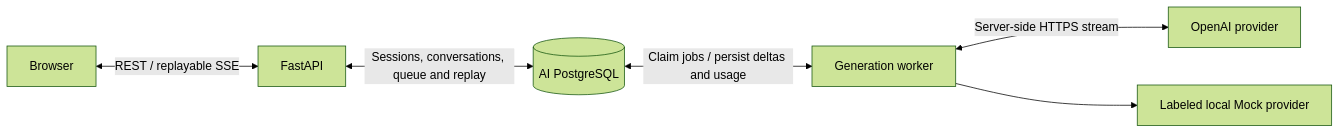
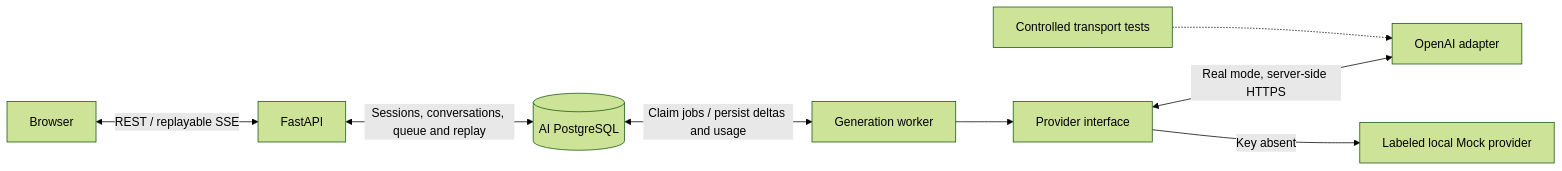
The diagram in docs/ai-chat/workspace.md (hwen020/Chat-Demo), drawn with Mermaid (forest theme) before and after one commit. The commit also changed other lines of this file and 6 other files, not shown here.

````diff
--- a/docs/ai-chat/workspace.md
+++ b/docs/ai-chat/workspace.md
@@ -5,8 +5,10 @@
 ```mermaid
 flowchart LR
     C["Browser"] <-->|"REST / replayable SSE"| A["FastAPI"]
     A <-->|"Sessions, conversations, queue and replay"| P[("AI PostgreSQL")]
     P <-->|"Claim jobs / persist deltas and usage"| W["Generation worker"]
-    W <-->|"Server-side HTTPS stream"| O["OpenAI provider"]
-    W --> M["Labeled local Mock provider"]
+    W --> I["Provider interface"]
+    I <-->|"Real mode, server-side HTTPS"| O["OpenAI adapter"]
+    I -->|"Key absent"| M["Labeled local Mock provider"]
+    T["Controlled transport tests"] -.-> O
 ```
````
